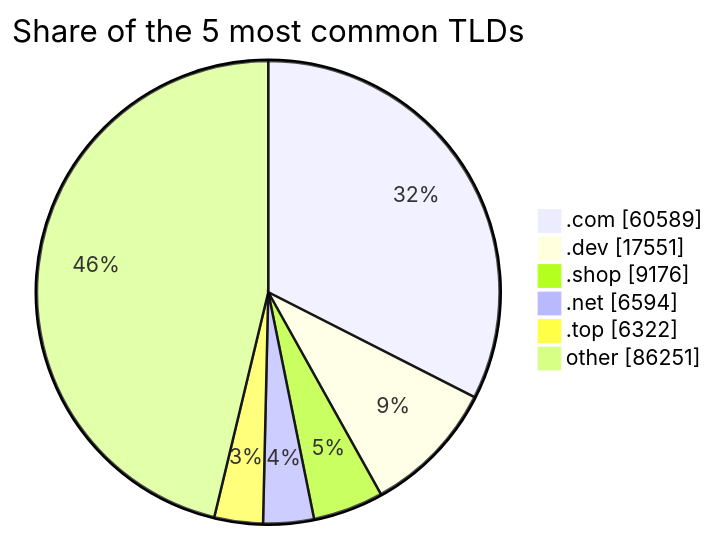
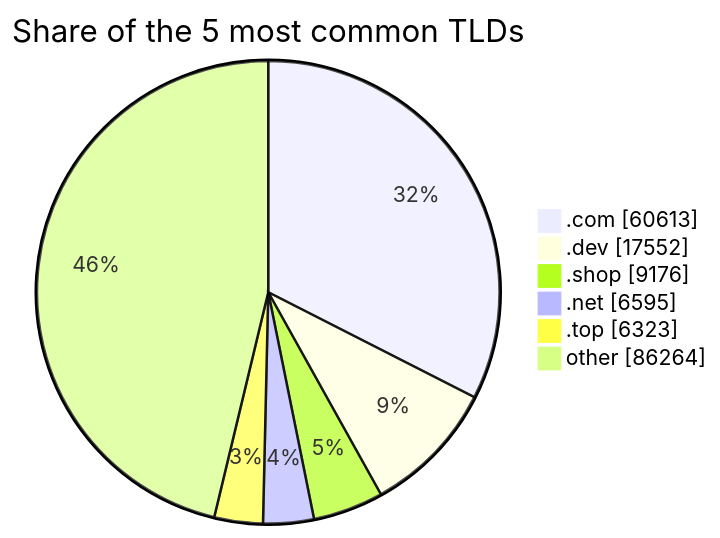
The third of 3 diagrams in README.md (DNSBunker/CTI), drawn with Mermaid before and after one commit. The commit also changed other lines of this file and 3 other files, not shown here.

````diff
--- a/README.md
+++ b/README.md
@@ -81,9 +81,9 @@
 ```mermaid
 pie showData title Share of the 5 most common TLDs
-    ".com" : 60589
-    ".dev" : 17551
+    ".com" : 60613
+    ".dev" : 17552
     ".shop" : 9176
-    ".net" : 6594
-    ".top" : 6322
-    "other" : 86251
+    ".net" : 6595
+    ".top" : 6323
+    "other" : 86264
 ```
````
